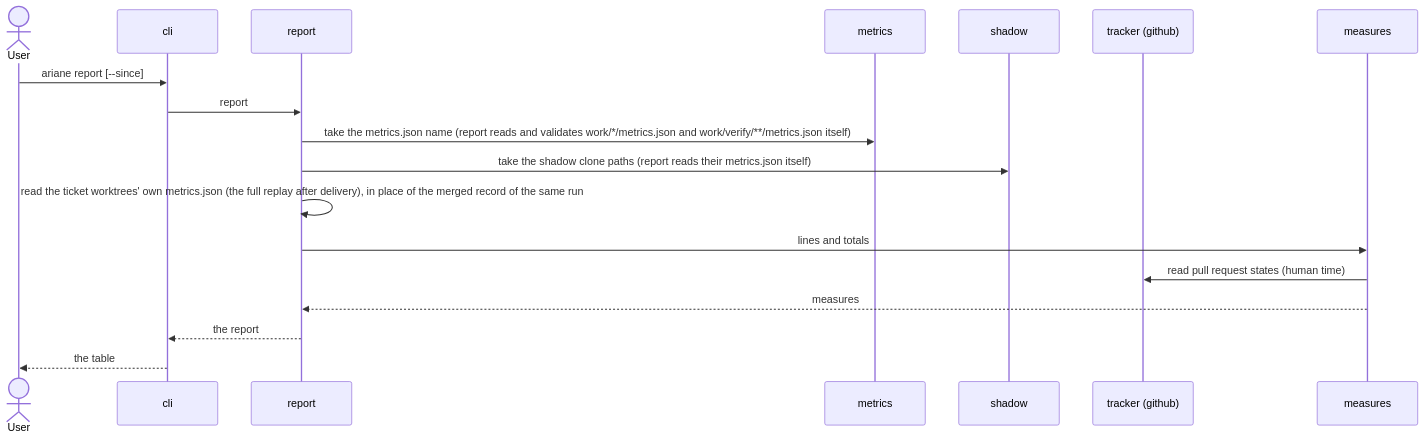
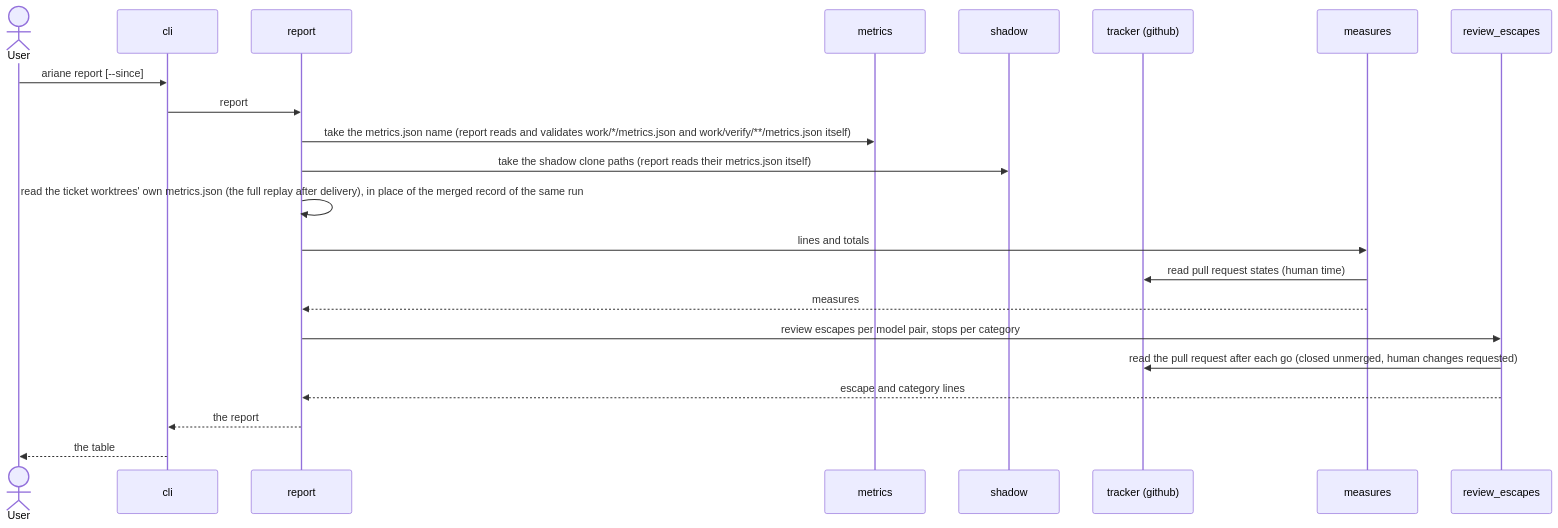
The fifth of 6 diagrams in docs/architecture/3-components.md (plaplanche/ariane), drawn with Mermaid before and after one commit. The commit also changed other lines of this file and 34 other files, not shown here.

Commit message:
#196: ariane report: review escapes per model pair and stop categories (C10, C19)

````diff
--- a/docs/architecture/3-components.md
+++ b/docs/architecture/3-components.md
@@ -344,20 +350,24 @@
 ```mermaid
 sequenceDiagram
   actor U as User
   participant CLI as cli
   participant P as report
   participant M as metrics
   participant H as shadow
   participant T as tracker (github)
   participant E as measures
+  participant X as review_escapes
   U->>CLI: ariane report [--since]
   CLI->>P: report
   P->>M: take the metrics.json name (report reads and validates work/*/metrics.json and work/verify/**/metrics.json itself)
   P->>H: take the shadow clone paths (report reads their metrics.json itself)
   P->>P: read the ticket worktrees' own metrics.json (the full replay after delivery), in place of the merged record of the same run
   P->>E: lines and totals
   E->>T: read pull request states (human time)
   E-->>P: measures
+  P->>X: review escapes per model pair, stops per category
+  X->>T: read the pull request after each go (closed unmerged, human changes requested)
+  X-->>P: escape and category lines
   P-->>CLI: the report
   CLI-->>U: the table
 ```
````
